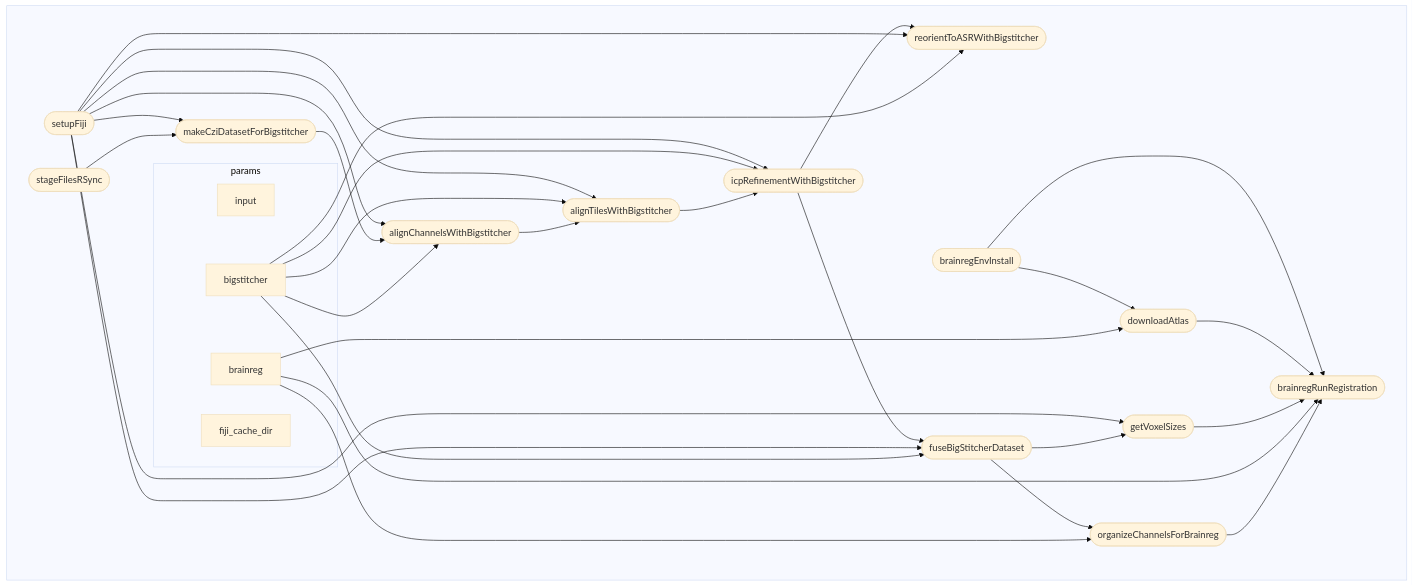
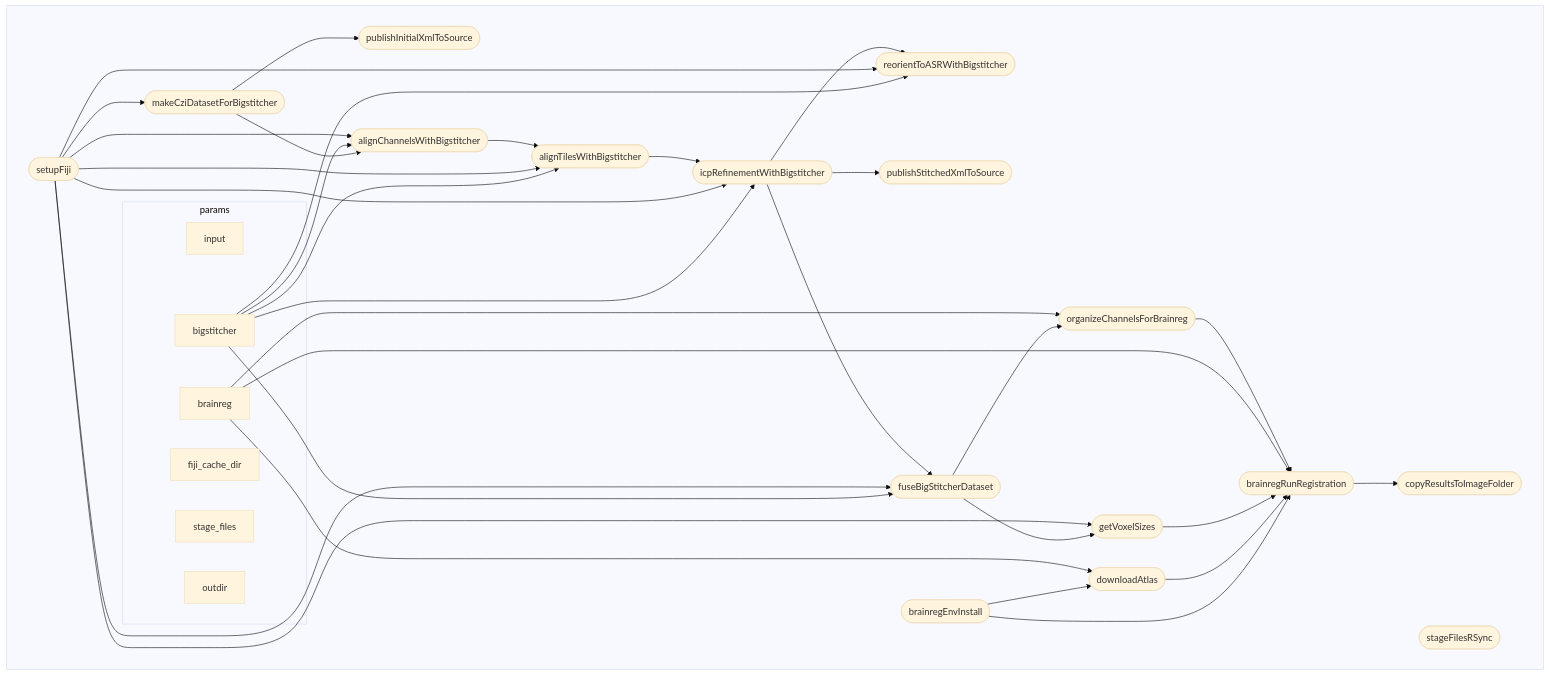
One commit to NicoKiaru/mouse_czi_processing changed the diagram in readme.md. Above: the diagram before and after it, drawn with Mermaid (base theme). The commit also changed other lines of this file, not shown here.

````diff
--- a/readme.md
+++ b/readme.md
@@ -3,52 +9,59 @@
 ```mermaid
 flowchart TB
     subgraph " "
     subgraph params
-    v4["input"]
-    v11["bigstitcher"]
-    v28["brainreg"]
-    v0["fiji_cache_dir"]
+    v6["input"]
+    v20["bigstitcher"]
+    v39["brainreg"]
+    v2["fiji_cache_dir"]
+    v13["stage_files"]
+    v0["outdir"]
     end
-    v2([setupFiji])
-    v9([stageFilesRSync])
-    v10([makeCziDatasetForBigstitcher])
-    v12([alignChannelsWithBigstitcher])
-    v14([alignTilesWithBigstitcher])
-    v16([icpRefinementWithBigstitcher])
-    v19([reorientToASRWithBigstitcher])
-    v23([fuseBigStitcherDataset])
-    v26([getVoxelSizes])
-    v29([organizeChannelsForBrainreg])
-    v37([brainregEnvInstall])
-    v39([downloadAtlas])
-    v41([brainregRunRegistration])
-    v2 --> v10
-    v9 --> v10
-    v2 --> v12
-    v10 --> v12
-    v11 --> v12
-    v2 --> v14
-    v11 --> v14
-    v12 --> v14
-    v2 --> v16
-    v11 --> v16
-    v14 --> v16
-    v16 --> v19
-    v2 --> v19
-    v11 --> v19
-    v16 --> v23
-    v2 --> v23
-    v11 --> v23
-    v2 --> v26
-    v23 --> v26
-    v23 --> v29
-    v28 --> v29
-    v37 --> v39
-    v28 --> v39
-    v37 --> v41
-    v39 --> v41
-    v26 --> v41
-    v28 --> v41
-    v29 --> v41
+    v4([setupFiji])
+    v14([stageFilesRSync])
+    v17([makeCziDatasetForBigstitcher])
+    v19([publishInitialXmlToSource])
+    v21([alignChannelsWithBigstitcher])
+    v23([alignTilesWithBigstitcher])
+    v25([icpRefinementWithBigstitcher])
+    v28([reorientToASRWithBigstitcher])
+    v33([publishStitchedXmlToSource])
+    v34([fuseBigStitcherDataset])
+    v37([getVoxelSizes])
+    v40([organizeChannelsForBrainreg])
+    v48([brainregEnvInstall])
+    v50([downloadAtlas])
+    v52([brainregRunRegistration])
+    v57([copyResultsToImageFolder])
+    v4 --> v17
+    v17 --> v19
+    v17 --> v21
+    v20 --> v21
+    v4 --> v21
+    v20 --> v23
+    v4 --> v23
+    v21 --> v23
+    v20 --> v25
+    v4 --> v25
+    v23 --> v25
+    v20 --> v28
+    v4 --> v28
+    v25 --> v28
+    v25 --> v33
+    v20 --> v34
+    v4 --> v34
+    v25 --> v34
+    v34 --> v37
+    v4 --> v37
+    v34 --> v40
+    v39 --> v40
+    v48 --> v50
+    v39 --> v50
+    v48 --> v52
+    v50 --> v52
+    v37 --> v52
+    v39 --> v52
+    v40 --> v52
+    v52 --> v57
     end
 ```
````
